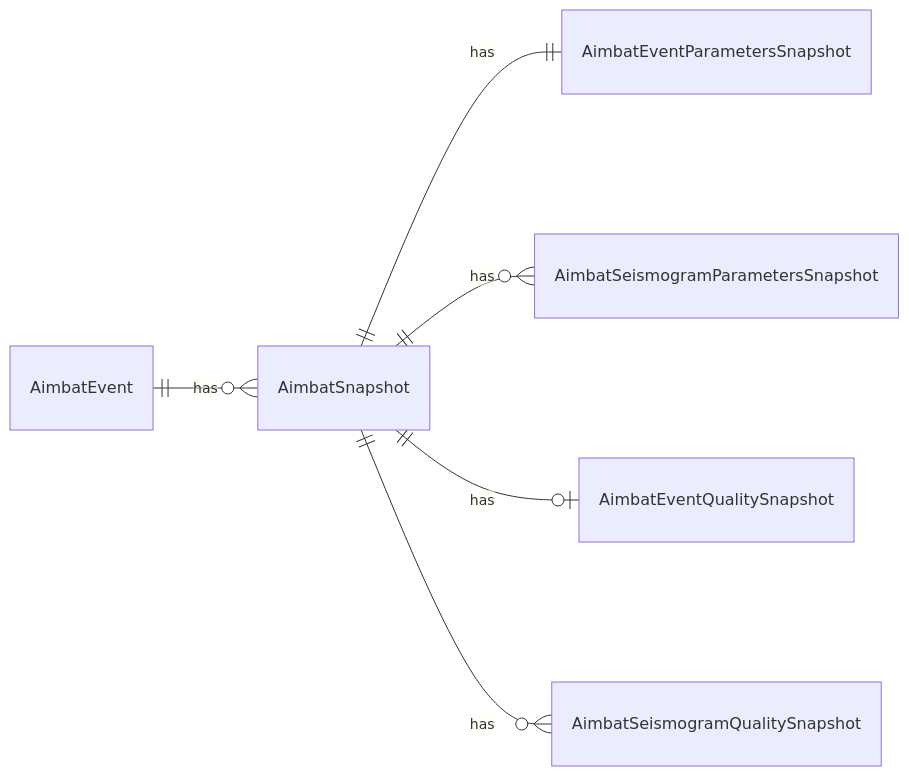
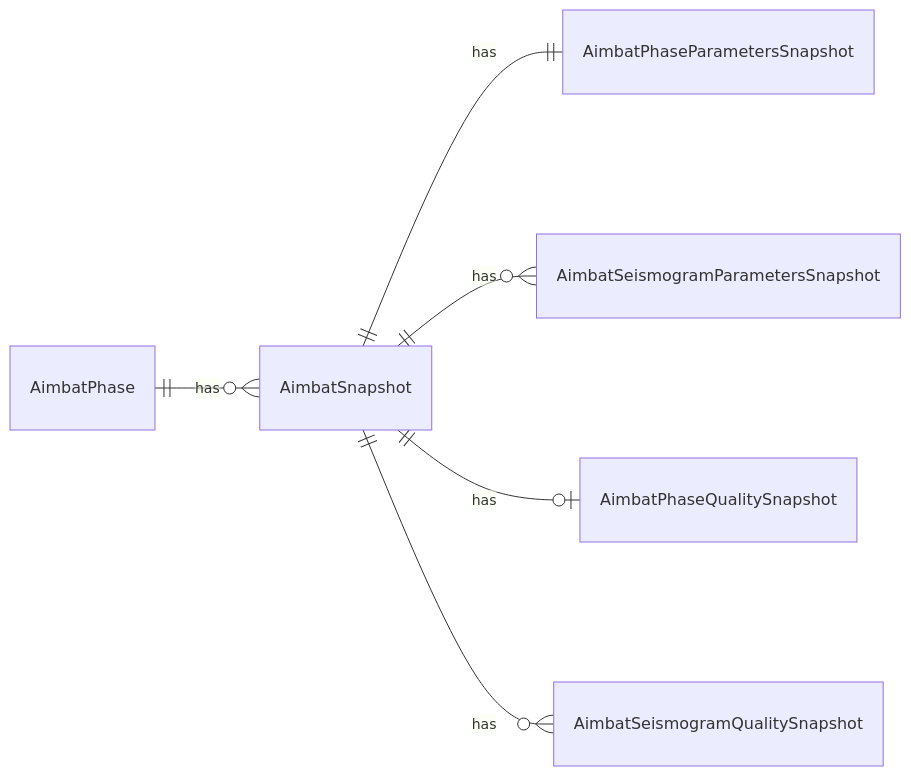
Before and after one commit to pysmo/aimbat: the third of 4 diagrams in docs/development/database-models.md, drawn with Mermaid. The commit also changed other lines of this file and 142 other files, not shown here.

First line of the commit message:
feat!: process each phase of an event separately

````diff
--- a/docs/development/database-models.md
+++ b/docs/development/database-models.md
@@ -72,9 +97,9 @@
 ```mermaid
 erDiagram
     direction LR
-    AimbatEvent ||--o{ AimbatSnapshot : "has"
-    AimbatSnapshot ||--|| AimbatEventParametersSnapshot : "has"
+    AimbatPhase ||--o{ AimbatSnapshot : "has"
+    AimbatSnapshot ||--|| AimbatPhaseParametersSnapshot : "has"
     AimbatSnapshot ||--o{ AimbatSeismogramParametersSnapshot : "has"
-    AimbatSnapshot ||--o| AimbatEventQualitySnapshot : "has"
+    AimbatSnapshot ||--o| AimbatPhaseQualitySnapshot : "has"
     AimbatSnapshot ||--o{ AimbatSeismogramQualitySnapshot : "has"
 ```
````
